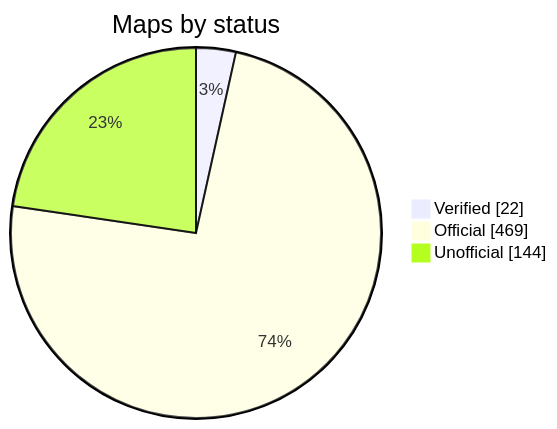
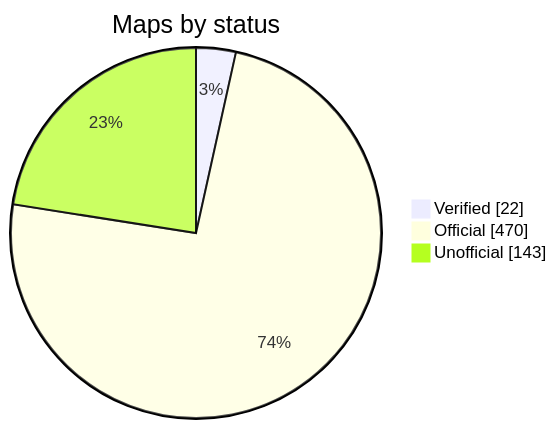
The diagram in README.md (nobrega8/mbmap-library), drawn with Mermaid before and after one commit. The commit also changed 6 other files, not shown here.

````diff
--- a/README.md
+++ b/README.md
@@ -52,7 +52,7 @@
 ```mermaid
 pie showData
     title Maps by status
     "Verified" : 22
-    "Official" : 469
-    "Unofficial" : 144
+    "Official" : 470
+    "Unofficial" : 143
 ```
````
